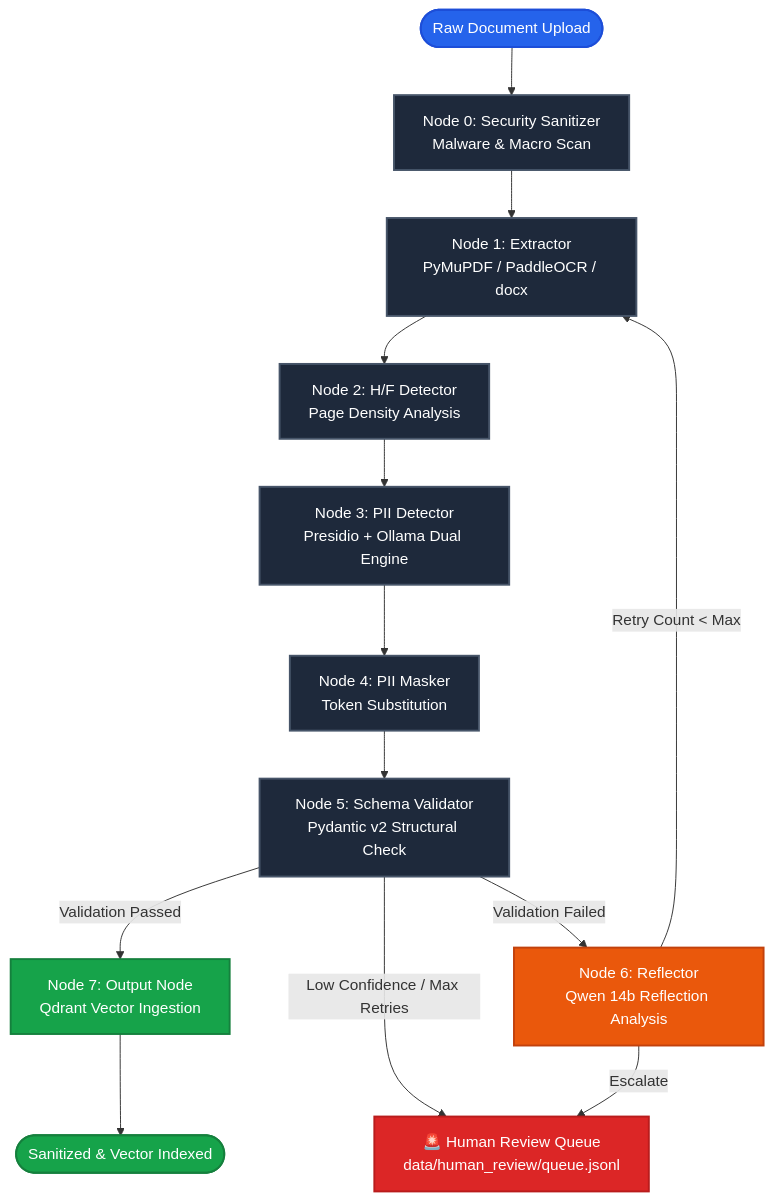
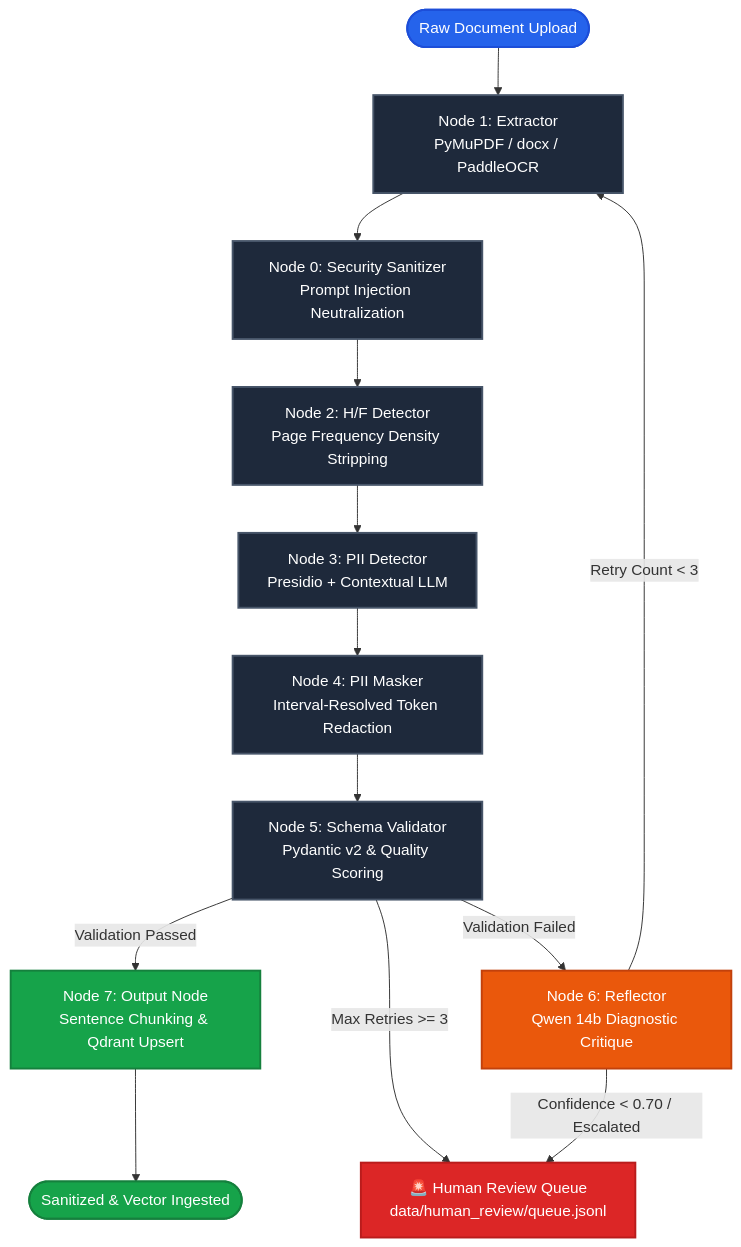
Before and after one commit to ImdataScientistSachin/DataShuddi: the first of 2 diagrams in README.md, drawn with Mermaid. The commit also changed other lines of this file and 69 other files, not shown here.

````diff
--- a/README.md
+++ b/README.md
@@ -98,23 +172,23 @@
 ```mermaid
 flowchart TD
     classDef startNode fill:#2563eb,stroke:#1d4ed8,stroke-width:2px,color:#fff;
     classDef defaultNode fill:#1e293b,stroke:#475569,stroke-width:2px,color:#fff;
     classDef successNode fill:#16a34a,stroke:#15803d,stroke-width:2px,color:#fff;
     classDef retryNode fill:#ea580c,stroke:#c2410c,stroke-width:2px,color:#fff;
     classDef alertNode fill:#dc2626,stroke:#b91c1c,stroke-width:2px,color:#fff;
 
-    START([Raw Document Upload]):::startNode --> N0[Node 0: Security Sanitizer\nMalware & Macro Scan]:::defaultNode
-    N0 --> N1[Node 1: Extractor\nPyMuPDF / PaddleOCR / docx]:::defaultNode
-    N1 --> N2[Node 2: H/F Detector\nPage Density Analysis]:::defaultNode
-    N2 --> N3[Node 3: PII Detector\nPresidio + Ollama Dual Engine]:::defaultNode
-    N3 --> N4[Node 4: PII Masker\nToken Substitution]:::defaultNode
-    N4 --> N5[Node 5: Schema Validator\nPydantic v2 Structural Check]:::defaultNode
+    START([Raw Document Upload]):::startNode --> N1[Node 1: Extractor\nPyMuPDF / docx / PaddleOCR]:::defaultNode
+    N1 --> N0[Node 0: Security Sanitizer\nPrompt Injection Neutralization]:::defaultNode
+    N0 --> N2[Node 2: H/F Detector\nPage Frequency Density Stripping]:::defaultNode
+    N2 --> N3[Node 3: PII Detector\nPresidio + Contextual LLM]:::defaultNode
+    N3 --> N4[Node 4: PII Masker\nInterval-Resolved Token Redaction]:::defaultNode
+    N4 --> N5[Node 5: Schema Validator\nPydantic v2 & Quality Scoring]:::defaultNode
     
-    N5 -->|Validation Passed| N7[Node 7: Output Node\nQdrant Vector Ingestion]:::successNode
-    N5 -->|Validation Failed| N6[Node 6: Reflector\nQwen 14b Reflection Analysis]:::retryNode
-    N5 -->|Low Confidence / Max Retries| HRQ[🚨 Human Review Queue\ndata/human_review/queue.jsonl]:::alertNode
+    N5 -->|Validation Passed| N7[Node 7: Output Node\nSentence Chunking & Qdrant Upsert]:::successNode
+    N5 -->|Validation Failed| N6[Node 6: Reflector\nQwen 14b Diagnostic Critique]:::retryNode
+    N5 -->|Max Retries >= 3| HRQ[🚨 Human Review Queue\ndata/human_review/queue.jsonl]:::alertNode
     
-    N6 -->|Retry Count < Max| N1
-    N6 -->|Escalate| HRQ
-    N7 --> END([Sanitized & Vector Indexed]):::successNode
+    N6 -->|Retry Count < 3| N1
+    N6 -->|Confidence < 0.70 / Escalated| HRQ
+    N7 --> END([Sanitized & Vector Ingested]):::successNode
 ```
````
